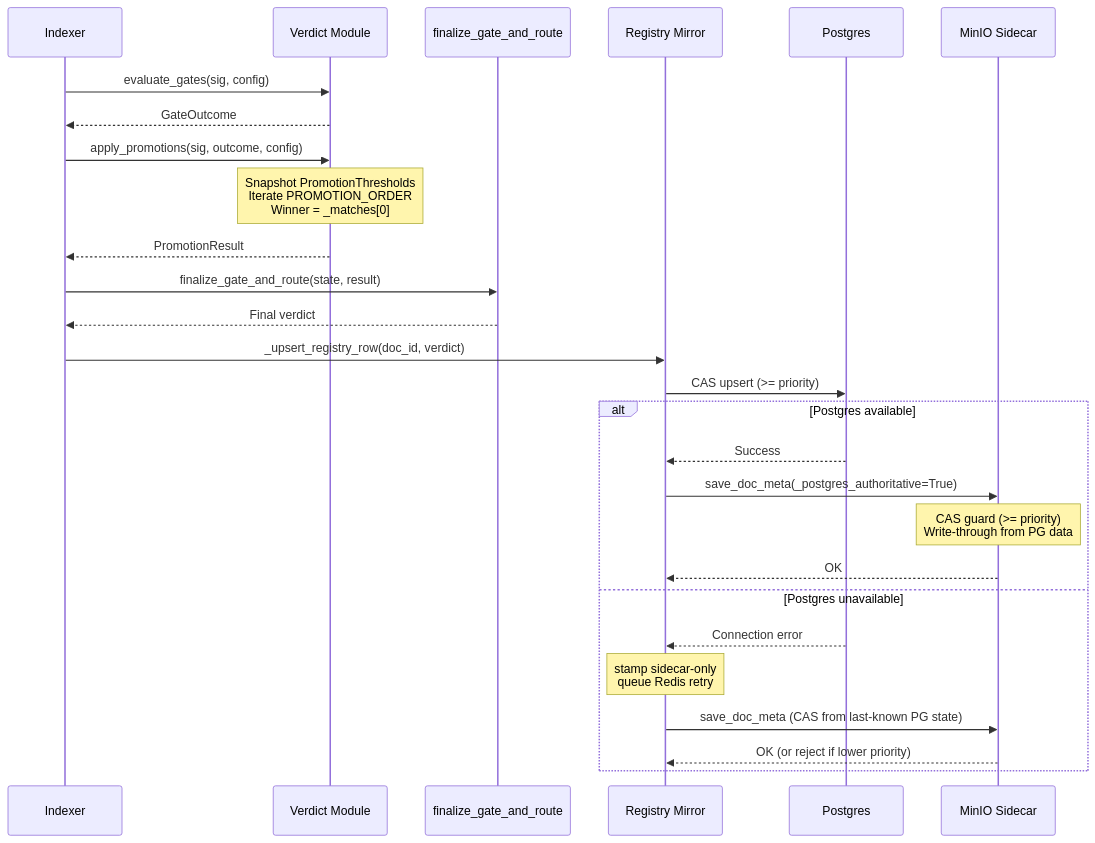
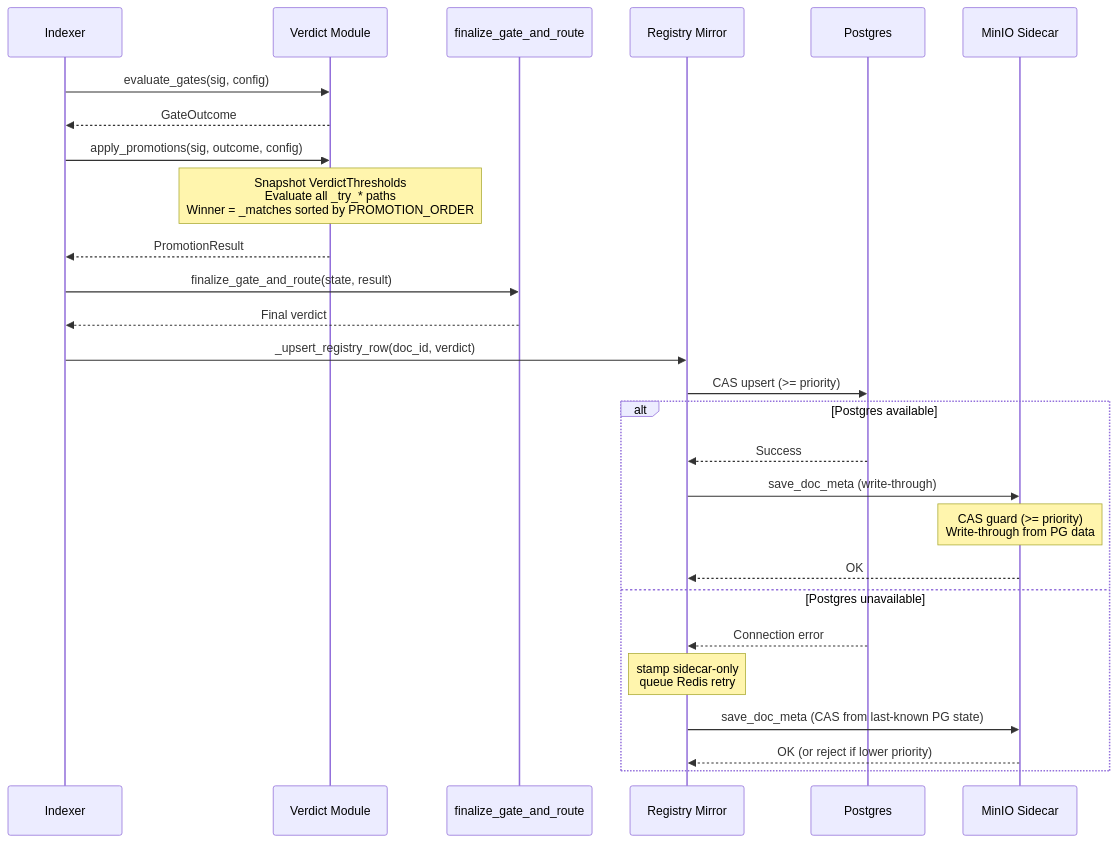
The second of 3 diagrams in agents/designs/design-rfc042-verdict-config-unification.md (trehansalil/pageindex), drawn with Mermaid before and after one commit. The commit also changed other lines of this file and 2 other files, not shown here.

````diff
--- a/agents/designs/design-rfc042-verdict-config-unification.md
+++ b/agents/designs/design-rfc042-verdict-config-unification.md
@@ -198,33 +199,33 @@
 ```mermaid
 sequenceDiagram
     participant I as Indexer
     participant V as Verdict Module
     participant F as finalize_gate_and_route
     participant R as Registry Mirror
     participant PG as Postgres
     participant M as MinIO Sidecar
 
     I->>V: evaluate_gates(sig, config)
     V-->>I: GateOutcome
 
     I->>V: apply_promotions(sig, outcome, config)
-    Note over V: Snapshot PromotionThresholds<br/>Iterate PROMOTION_ORDER<br/>Winner = _matches[0]
+    Note over V: Snapshot VerdictThresholds<br/>Evaluate all _try_* paths<br/>Winner = _matches sorted by PROMOTION_ORDER
     V-->>I: PromotionResult
 
     I->>F: finalize_gate_and_route(state, result)
     F-->>I: Final verdict
 
     I->>R: _upsert_registry_row(doc_id, verdict)
     R->>PG: CAS upsert (>= priority)
     alt Postgres available
         PG-->>R: Success
-        R->>M: save_doc_meta(_postgres_authoritative=True)
+        R->>M: save_doc_meta (write-through)
         Note over M: CAS guard (>= priority)<br/>Write-through from PG data
         M-->>R: OK
     else Postgres unavailable
         PG-->>R: Connection error
         Note over R: stamp sidecar-only<br/>queue Redis retry
         R->>M: save_doc_meta (CAS from last-known PG state)
         M-->>R: OK (or reject if lower priority)
     end
 ```
````
